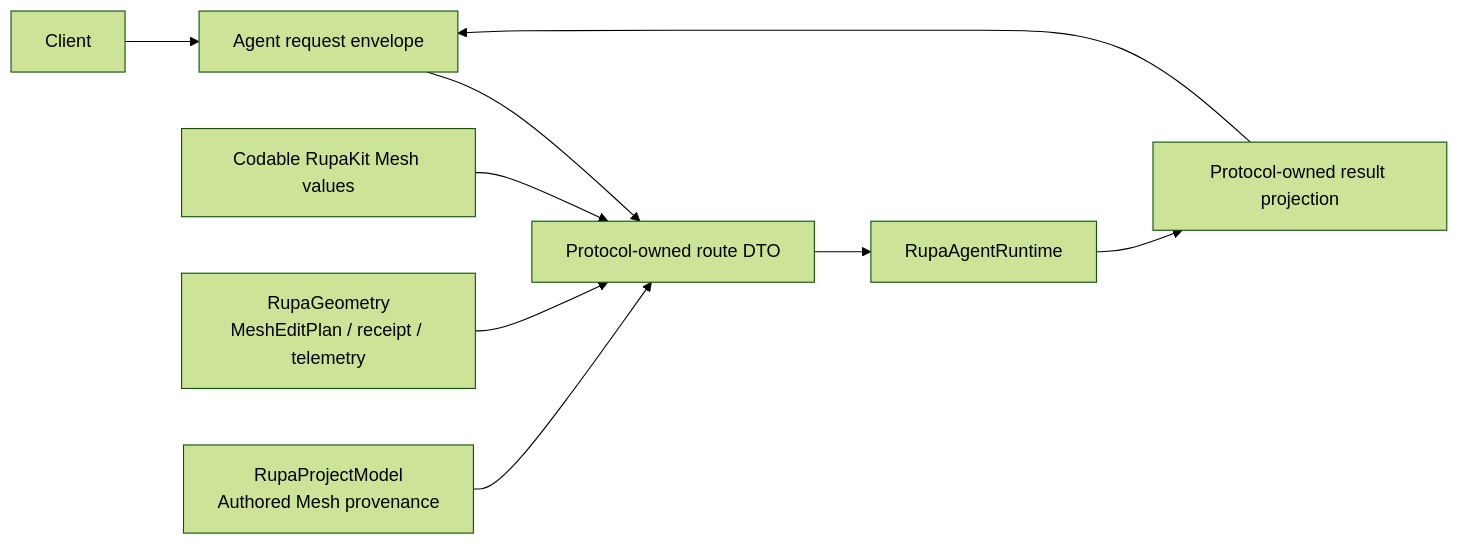
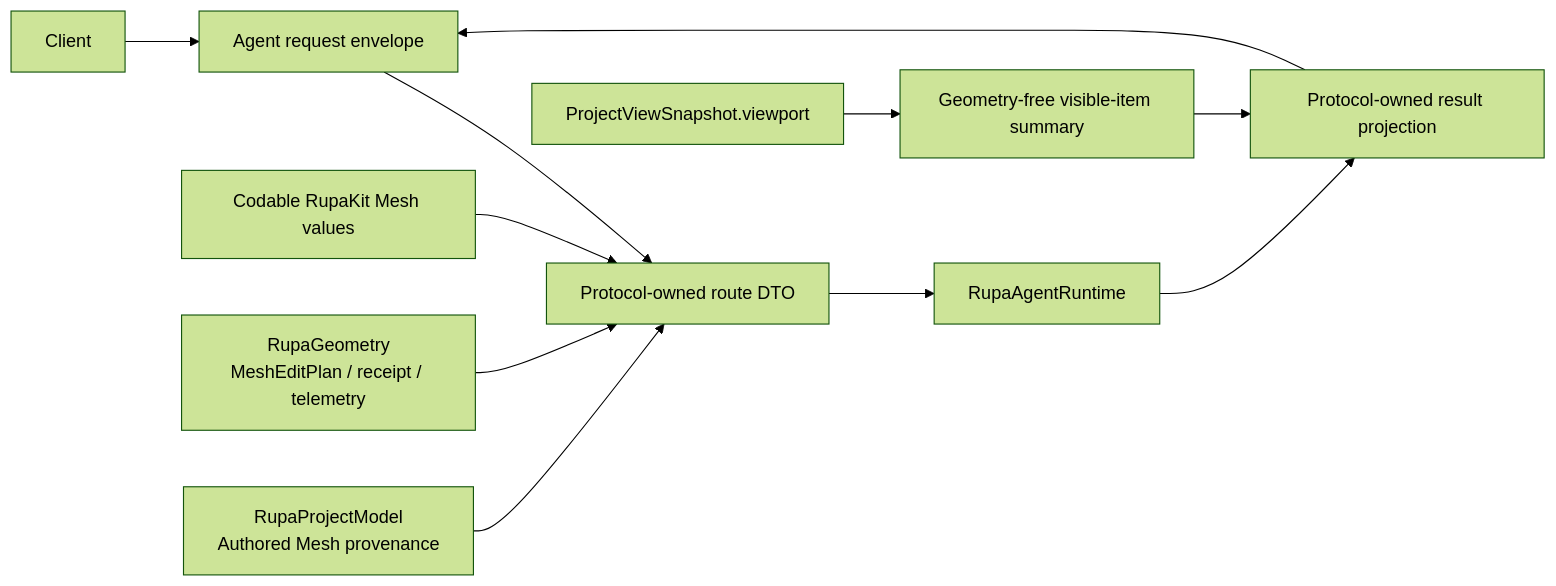
The first of 2 diagrams in RupaKit/Sources/RupaAgentProtocol/DESIGN.md (1amageek/Rupa), drawn with Mermaid (forest theme) before and after one commit. The commit also changed other lines of this file and 38 other files, not shown here.

Commit message:
Honor Product visibility in project viewport

````diff
--- a/RupaKit/Sources/RupaAgentProtocol/DESIGN.md
+++ b/RupaKit/Sources/RupaAgentProtocol/DESIGN.md
@@ -38,11 +40,13 @@
 ```mermaid
 flowchart LR
     Client --> Envelope["Agent request envelope"]
     Envelope --> DTO["Protocol-owned route DTO"]
     RupaKitValues["Codable RupaKit Mesh values"] --> DTO
     Geometry["RupaGeometry\nMeshEditPlan / receipt / telemetry"] --> DTO
     ProjectModel["RupaProjectModel\nAuthored Mesh provenance"] --> DTO
     DTO --> Runtime["RupaAgentRuntime"]
     Runtime --> Result["Protocol-owned result projection"]
     Result --> Envelope
+    ProjectView["ProjectViewSnapshot.viewport"] --> Summary["Geometry-free visible-item summary"]
+    Summary --> Result
 ```
````
